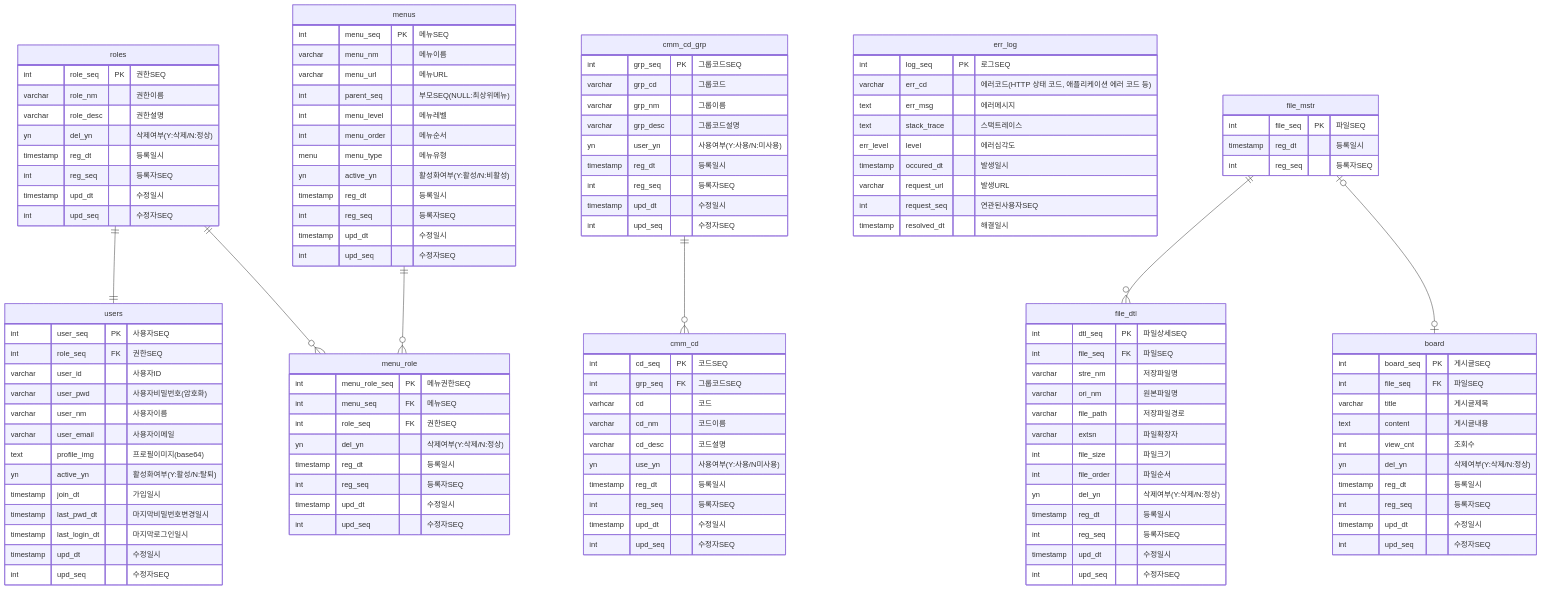
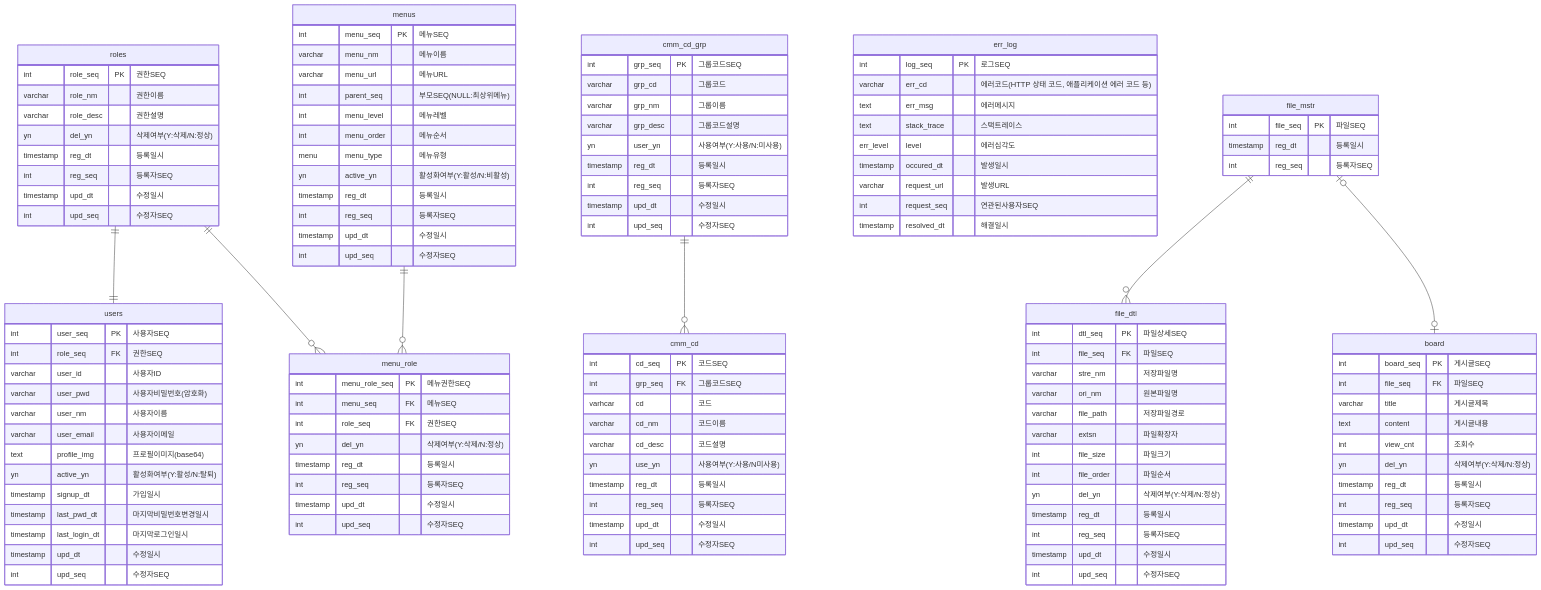
Before and after one commit to Joeunseon/demo: the diagram in docs/db/database.md, drawn with Mermaid. The commit also changed 19 other files, not shown here.

Commit message:
feat: update rename join to signup

```diff
--- a/docs/db/database.md
+++ b/docs/db/database.md
@@ -26,7 +26,7 @@
         varchar user_email "사용자이메일"
         text profile_img "프로필이미지(base64)"
         yn active_yn "활성화여부(Y:활성/N:탈퇴)"
-        timestamp join_dt "가입일시"
+        timestamp signup_dt "가입일시"
         timestamp last_pwd_dt "마지막비밀번호변경일시"
         timestamp last_login_dt "마지막로그인일시"
         timestamp upd_dt "수정일시"
```
